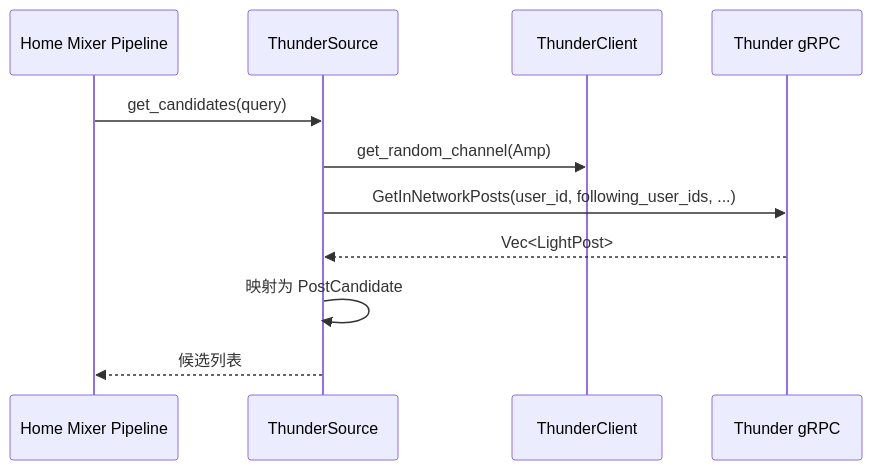
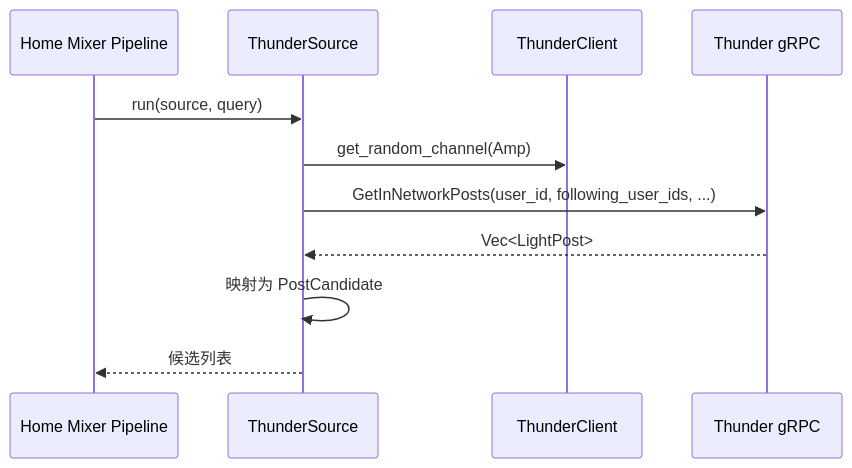
Before and after one commit to freefcw/x-algorithm: the third of 3 diagrams in docs/thunder/04-query-serving.md, drawn with Mermaid. The commit also changed other lines of this file and 24 other files, not shown here.

````diff
--- a/docs/thunder/04-query-serving.md
+++ b/docs/thunder/04-query-serving.md
@@ -135,14 +136,14 @@
 ```mermaid
 sequenceDiagram
     participant Pipeline as Home Mixer Pipeline
     participant Source as ThunderSource
     participant Client as ThunderClient
     participant Thunder as Thunder gRPC
 
-    Pipeline->>Source: get_candidates(query)
+    Pipeline->>Source: run(source, query)
     Source->>Client: get_random_channel(Amp)
     Source->>Thunder: GetInNetworkPosts(user_id, following_user_ids, ...)
     Thunder-->>Source: Vec<LightPost>
     Source->>Source: 映射为 PostCandidate
     Source-->>Pipeline: 候选列表
 ```
````
